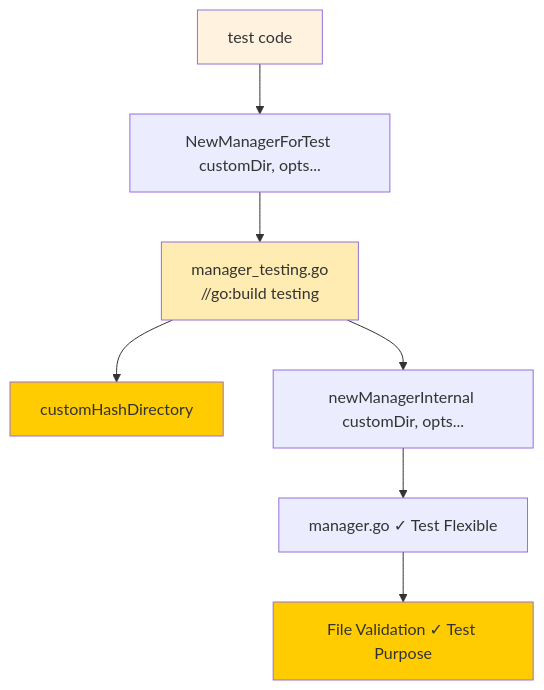
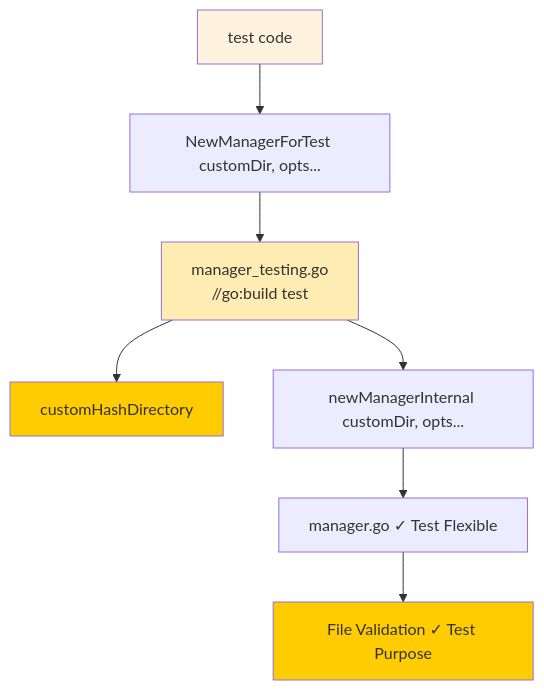
The third of 3 diagrams in docs/tasks/0022_hash_directory_security_enhancement/02_architecture.md (isseis/go-safe-cmd-runner), drawn with Mermaid before and after one commit. The commit also changed other lines of this file and 2 other files, not shown here.

Commit message:
doc: change build tag name for test: testing -> test

````diff
--- a/docs/tasks/0022_hash_directory_security_enhancement/02_architecture.md
+++ b/docs/tasks/0022_hash_directory_security_enhancement/02_architecture.md
@@ -134,14 +134,14 @@
 ```mermaid
 flowchart TD
     A[test code] --> B[NewManagerForTest customDir, opts...]
-    B --> C[manager_testing.go<br/>//go:build testing]
+    B --> C[manager_testing.go<br/>//go:build test]
     C --> D[customHashDirectory]
     C --> E[newManagerInternal customDir, opts...]
     E --> F[manager.go ✓ Test Flexible]
     F --> G[File Validation ✓ Test Purpose]
 
     style A fill:#fff3e0
     style C fill:#ffecb3
     style D fill:#ffcc02
     style G fill:#ffcc02
 ```
````
